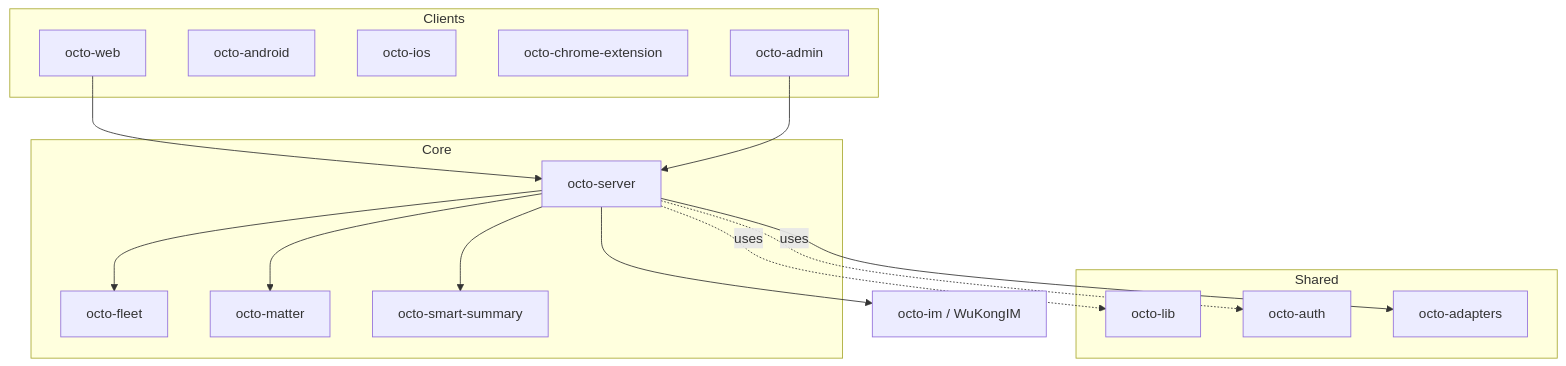
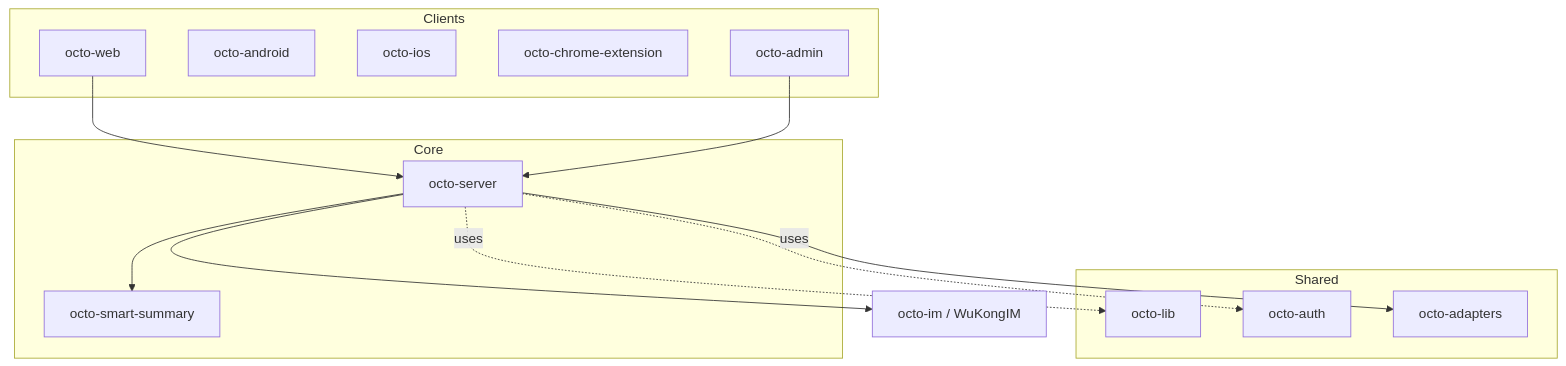
The diagram in ecosystem/repository-guide.mdx (Mininglamp-OSS/octo-docs), drawn with Mermaid before and after one commit. The commit also changed other lines of this file and 60 other files, not shown here.

````diff
--- a/ecosystem/repository-guide.mdx
+++ b/ecosystem/repository-guide.mdx
@@ -13,31 +13,27 @@
 ```mermaid
 graph TD
   subgraph Clients
     web[octo-web]
     android[octo-android]
     ios[octo-ios]
     ext[octo-chrome-extension]
     admin[octo-admin]
   end
   subgraph Core
     server[octo-server]
-    fleet[octo-fleet]
-    matter[octo-matter]
     summary[octo-smart-summary]
   end
   im[octo-im / WuKongIM]
   subgraph Shared
     lib[octo-lib]
     auth[octo-auth]
     adapters[octo-adapters]
   end
   web --> server
   admin --> server
   server --> im
-  server --> matter
   server --> summary
-  server --> fleet
   server -.uses.-> lib
   server -.uses.-> auth
   server --> adapters
 ```
````
